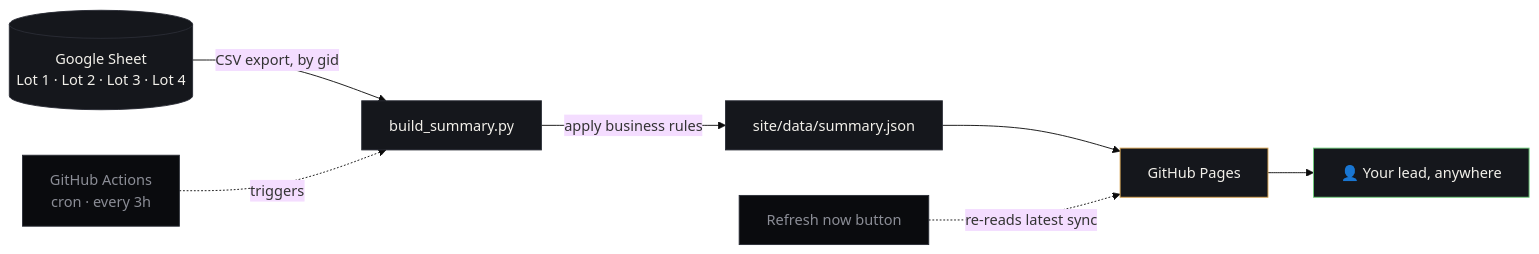
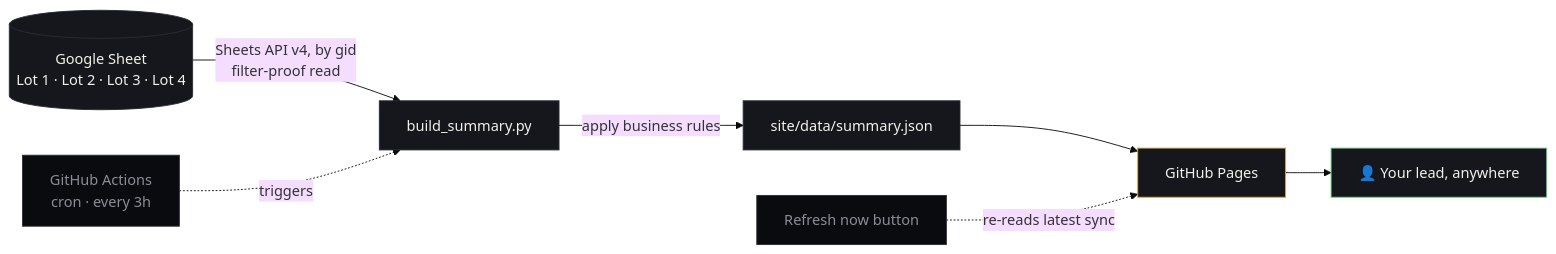
The diagram in README.md (vikramdex-ops/iso-review-dashboard), drawn with Mermaid (base theme) before and after one commit. The commit also changed other lines of this file and 3 other files, not shown here.

First line of the commit message:
Read lot tabs via Sheets API for filter-proof row counts

````diff
--- a/README.md
+++ b/README.md
@@ -98,17 +98,17 @@
 ```mermaid
 flowchart LR
-    A[("Google Sheet\nLot 1 · Lot 2 · Lot 3 · Lot 4")] -->|CSV export, by gid| B["build_summary.py"]
+    A[("Google Sheet\nLot 1 · Lot 2 · Lot 3 · Lot 4")] -->|Sheets API v4, by gid\nfilter-proof read| B["build_summary.py"]
     B -->|apply business rules| C["site/data/summary.json"]
     C --> D["GitHub Pages"]
     E["GitHub Actions\ncron · every 3h"] -.triggers.-> B
     F["Refresh now button"] -.re-reads latest sync.-> D
     D --> G["👤 Your lead, anywhere"]
 
     style A fill:#15171c,stroke:#2a2d36,color:#f2f0ea
     style B fill:#15171c,stroke:#2a2d36,color:#f2f0ea
     style C fill:#15171c,stroke:#2a2d36,color:#f2f0ea
     style D fill:#15171c,stroke:#d7a34f,color:#f2f0ea
     style E fill:#0a0b0e,stroke:#2a2d36,color:#8b8d96
     style F fill:#0a0b0e,stroke:#2a2d36,color:#8b8d96
     style G fill:#15171c,stroke:#6fcf7c,color:#f2f0ea
 ```
````
